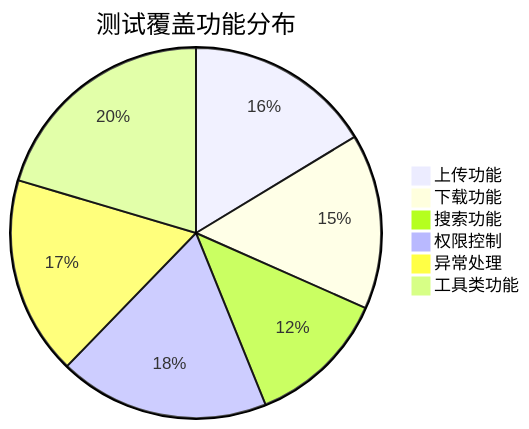
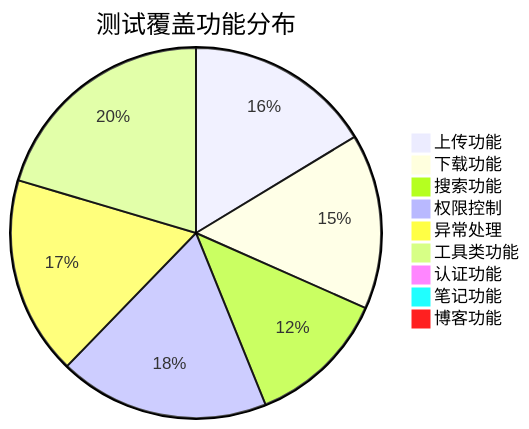
One commit to QoderZcy/zcyTest2 changed diagram 12 of 14 in .qoder/repowiki/zh/content/测试策略.md. Above: the diagram before and after it, drawn with Mermaid. The commit also changed other lines of this file and 9 other files, not shown here.

````diff
--- a/.qoder/repowiki/zh/content/测试策略.md
+++ b/.qoder/repowiki/zh/content/测试策略.md
@@ -302,9 +549,12 @@
 ```mermaid
 pie title 测试覆盖功能分布
 "上传功能" : 80
 "下载功能" : 75
 "搜索功能" : 60
 "权限控制" : 90
 "异常处理" : 85
 "工具类功能" : 100
+"认证功能" : 0
+"笔记功能" : 0
+"博客功能" : 0
 ```
````
